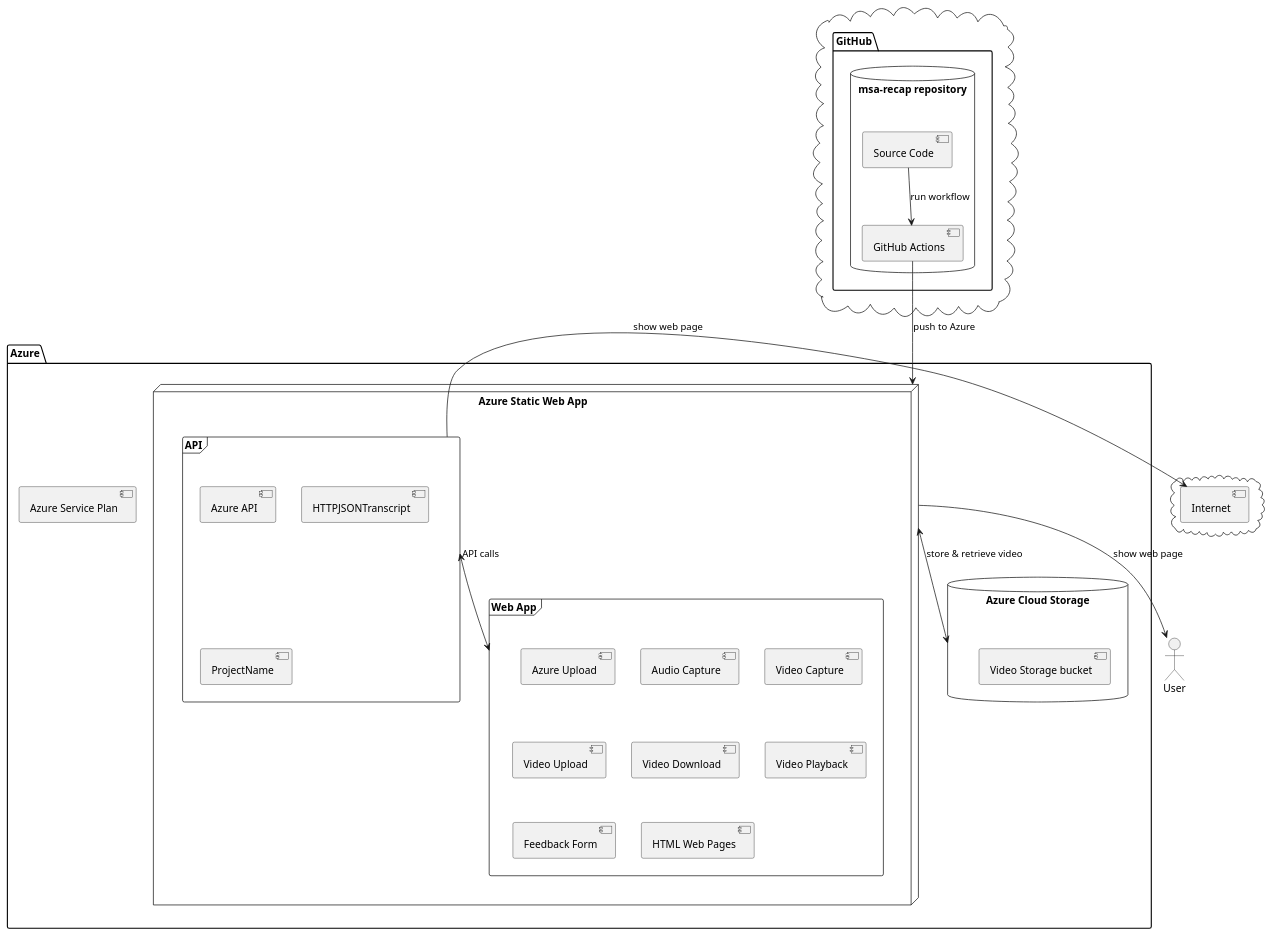
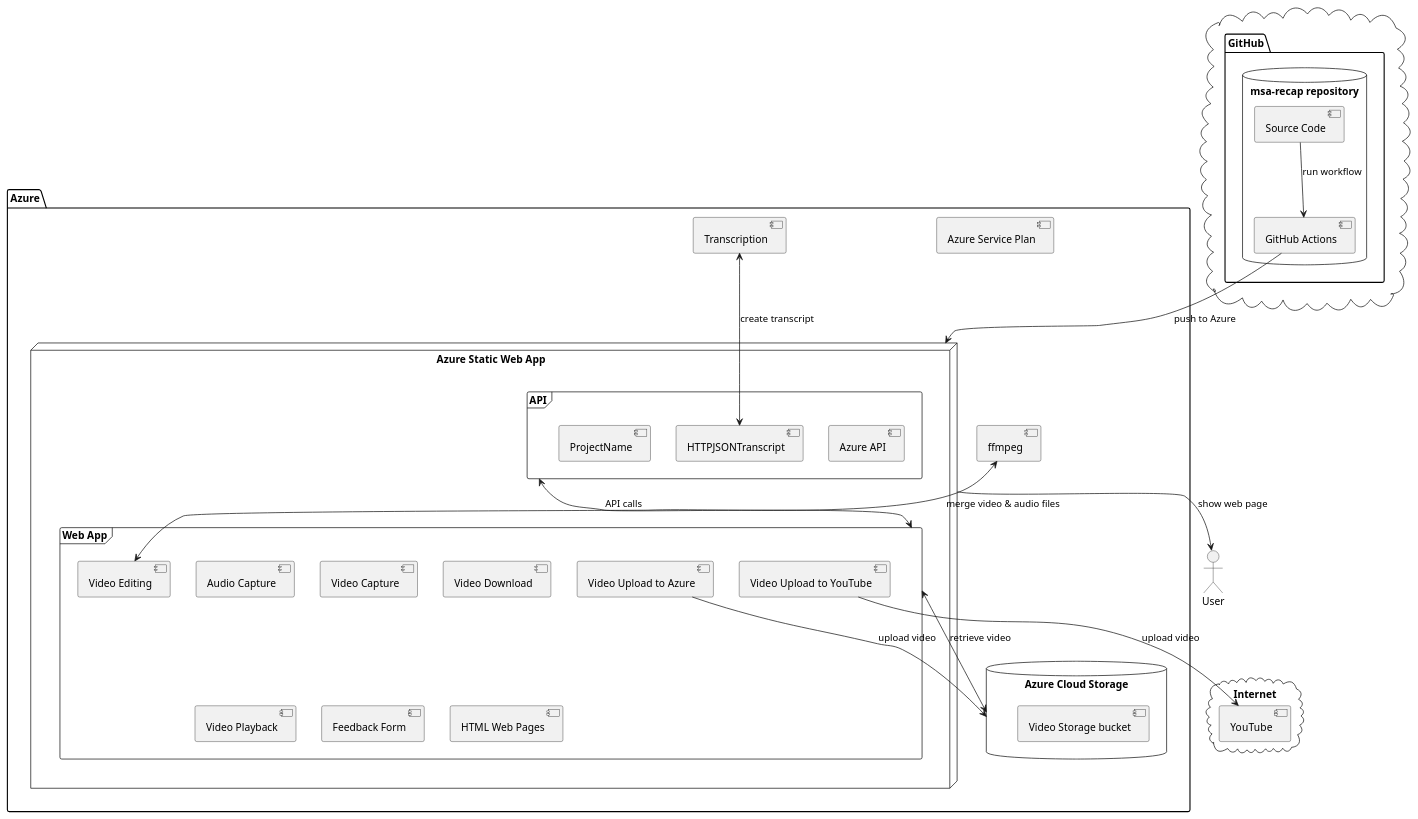
Before and after one commit to ECM3440-Team-One/ECM2429-UML: the diagram in examples/architecture.puml, drawn with PlantUML. The commit also changed 1 other file, not shown here.

Commit message:
improve diagram

```diff
--- a/examples/architecture.puml
+++ b/examples/architecture.puml
@@ -1,55 +1,63 @@
 @startuml
 cloud {
     package "GitHub" as github{
         database "msa-recap repository"  {
             [Source Code] as SC
             [GitHub Actions] as GA
         }
     }
 }
 
-cloud {
-    [Internet] as internet
+cloud "Internet" {
+    [YouTube] as youtube
 }
 
 package "Azure" {
     
     database "Azure Cloud Storage" as cs {
         [Video Storage bucket]
     }
 
+    [Azure Service Plan]
+    [ffmpeg] as ffmpeg
+    [Transcription] as TR
+
     node "Azure Static Web App" as FA {
         frame "Web App" as WA {
-            [Azure Upload] as AU
             [Audio Capture] as AC
             [Video Capture] as VC
-            [Video Upload] as VU
+            [Video Upload to Azure] as VUA
+            [Video Upload to YouTube] as VUY
             [Video Download] as VD
+            [Video Editing] as VE
             [Video Playback] as VP
             [Feedback Form] as FF
             [HTML Web Pages] as HTML
 
         }
 
         frame "API" {
             [Azure API]
             [HTTPJSONTranscript]
             [ProjectName]
         }
 
     }
 
-    [Azure Service Plan]
+}
 
-}
+
 
 actor User as user
 
 SC --> GA : run workflow
 GA --> FA : push to Azure
 FA --> user : show web page
-FA <--> cs : store & retrieve video
-API -r-> internet : show web page
 API <--> WA : API calls
+WA <--> cs : retrieve video
+VUY --> youtube : upload video
+VUA --> cs : upload video
+ffmpeg <--> VE : merge video & audio files
+TR <--> HTTPJSONTranscript : create transcript
 
 @enduml
```
